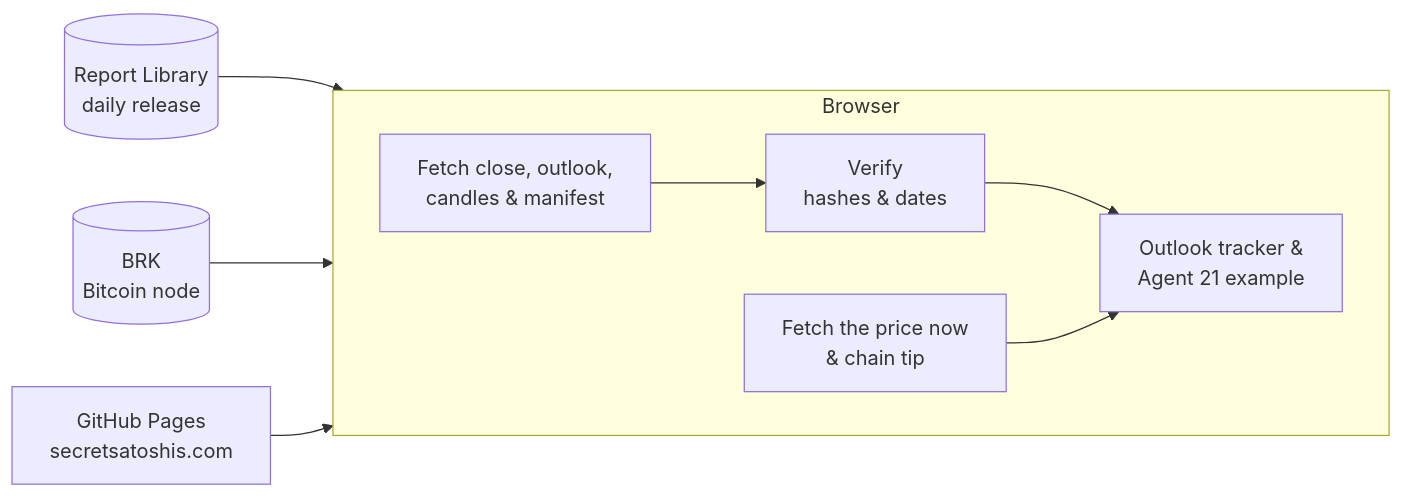
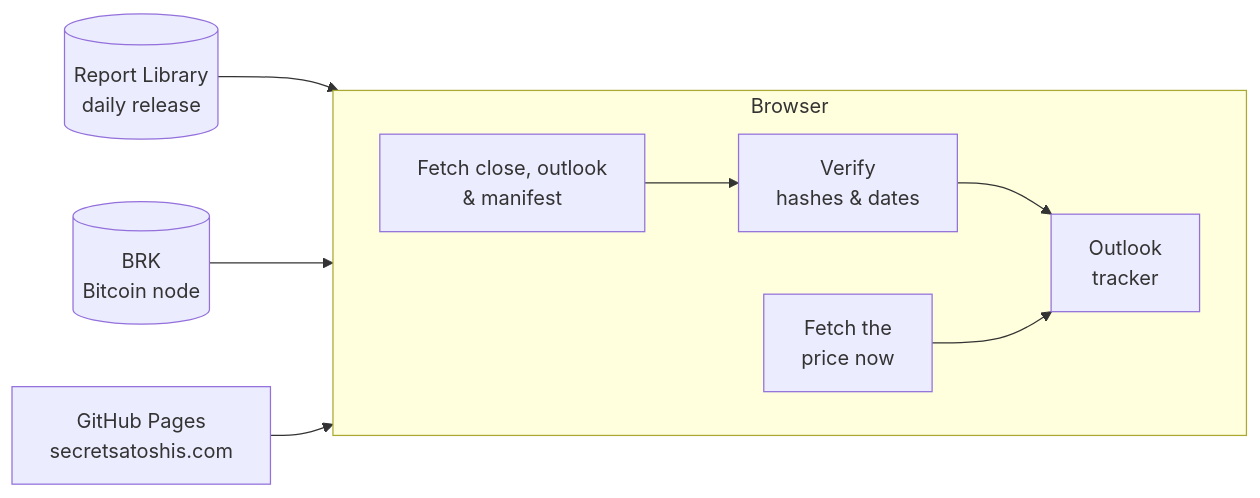
One commit to SecretSatoshis/Secret-Satoshis-Website changed the diagram in README.md. Above: the diagram before and after it, drawn with Mermaid. The commit also changed other lines of this file and 10 other files, not shown here.

Commit message:
Homepage: remove the Agent 21 section and its example chat

````diff
--- a/README.md
+++ b/README.md
@@ -25,15 +24,15 @@
 ```mermaid
 flowchart LR
     R[("Report Library<br/>daily release")]
     B[("BRK<br/>Bitcoin node")]
 
     subgraph Browser
         direction LR
-        F["Fetch close, outlook,<br/>candles & manifest"] --> V["Verify<br/>hashes & dates"] --> T["Outlook tracker &<br/>Agent 21 example"]
-        C["Fetch the price now<br/>& chain tip"] --> T
+        F["Fetch close, outlook<br/>& manifest"] --> V["Verify<br/>hashes & dates"] --> T["Outlook<br/>tracker"]
+        C["Fetch the<br/>price now"] --> T
     end
 
     G["GitHub Pages<br/>secretsatoshis.com"] --> Browser
     R --> F
     B --> C
 ```
````
